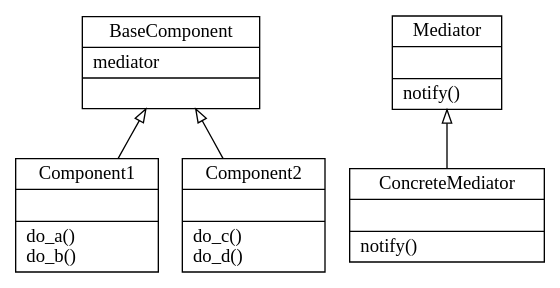
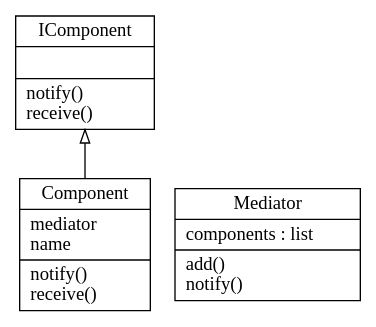
Before and after one commit to Sean-Bradley/Design-Patterns-In-Python: the diagram in mediator/classes.dot, drawn with Graphviz. The commit also changed 3 other files, not shown here.

```diff
--- a/mediator/classes.dot
+++ b/mediator/classes.dot
@@ -1,12 +1,8 @@
 digraph "classes" {
 charset="utf-8"
 rankdir=BT
-"0" [label="{BaseComponent|mediator\l|}", shape="record"];
-"1" [label="{Component1|\l|do_a()\ldo_b()\l}", shape="record"];
-"2" [label="{Component2|\l|do_c()\ldo_d()\l}", shape="record"];
-"3" [label="{ConcreteMediator|\l|notify()\l}", shape="record"];
-"4" [label="{Mediator|\l|notify()\l}", shape="record"];
-"1" -> "0" [arrowhead="empty", arrowtail="none"];
-"2" -> "0" [arrowhead="empty", arrowtail="none"];
-"3" -> "4" [arrowhead="empty", arrowtail="none"];
+"0" [label="{Component|mediator\lname\l|notify()\lreceive()\l}", shape="record"];
+"1" [label="{IComponent|\l|notify()\lreceive()\l}", shape="record"];
+"2" [label="{Mediator|components : list\l|add()\lnotify()\l}", shape="record"];
+"0" -> "1" [arrowhead="empty", arrowtail="none"];
 }
```
